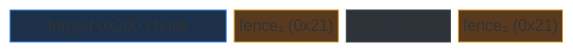
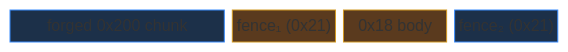
One commit to Frederik353/writeups changed the third of 11 diagrams in content/ctfs/lactf-26/tcademy/index.md. Above: the diagram before and after it, drawn with Mermaid (neutral theme). The commit also changed other lines of this file, not shown here.

```diff
--- a/content/ctfs/lactf-26/tcademy/index.md
+++ b/content/ctfs/lactf-26/tcademy/index.md
@@ -245,9 +245,9 @@
 {{< mermaid >}}
 block-beta
   columns 5
-  A["forged 0x200 chunk"]:2 B["fence₁ (0x21)"]:1 C["0x18 padding"]:1 D["fence₂ (0x21)"]:1
+  A["forged 0x200 chunk"]:2 B["fence₁ (0x21)"]:1 C["0x18 body"]:1 D["fence₂ (0x21)"]:1
   style A fill:#1c3049,stroke:#388bfd
   style B fill:#5a3a1e,stroke:#d29922
-  style C fill:#2d333b,stroke:#444
-  style D fill:#5a3a1e,stroke:#d29922
+  style C fill:#5a3a1e,stroke:#d29922
+  style D fill:#1c3049,stroke:#388bfd
 {{< /mermaid >}}
```
